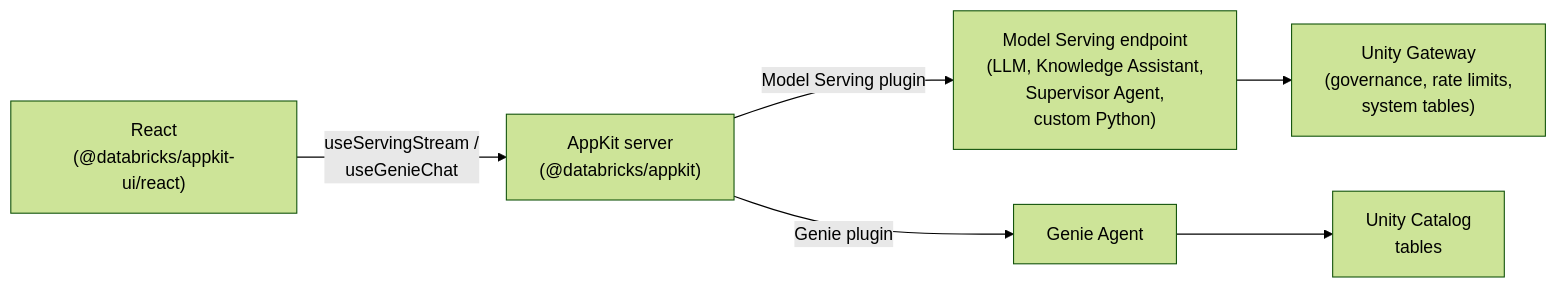
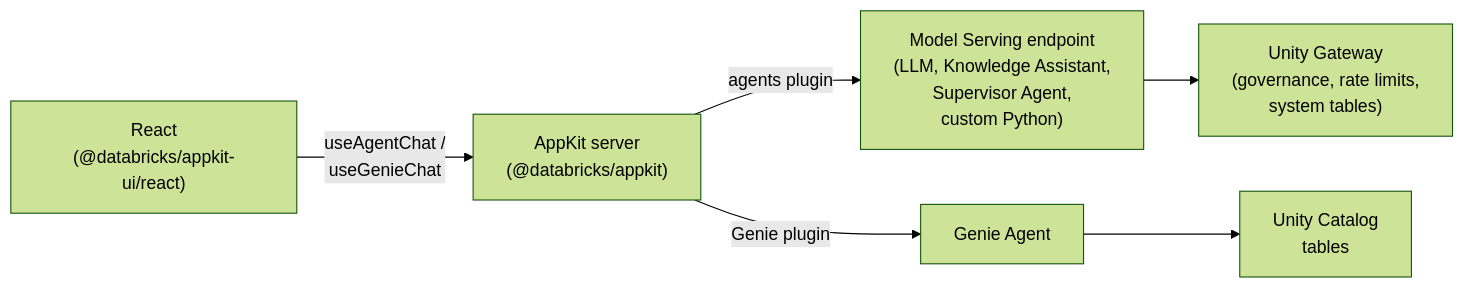
Before and after one commit to databricks/devhub: the diagram in src/content/docs/agents/overview.md, drawn with Mermaid (forest theme). The commit also changed other lines of this file and 6 other files, not shown here.

First line of the commit message:
docs: modernize the agent guides onto the agents plugin (#161)

````diff
--- a/src/content/docs/agents/overview.md
+++ b/src/content/docs/agents/overview.md
@@ -26,8 +26,8 @@
 ```mermaid
 flowchart LR
-    React["React<br/>(@databricks/appkit-ui/react)"] -->|"useServingStream /<br/>useGenieChat"| Node["AppKit server<br/>(@databricks/appkit)"]
-    Node -->|"Model Serving plugin"| Endpoint["Model Serving endpoint<br/>(LLM, Knowledge Assistant,<br/>Supervisor Agent,<br/>custom Python)"]
+    React["React<br/>(@databricks/appkit-ui/react)"] -->|"useAgentChat /<br/>useGenieChat"| Node["AppKit server<br/>(@databricks/appkit)"]
+    Node -->|"agents plugin"| Endpoint["Model Serving endpoint<br/>(LLM, Knowledge Assistant,<br/>Supervisor Agent,<br/>custom Python)"]
     Node -->|"Genie plugin"| Space["Genie Agent"]
     Endpoint --> Gateway["Unity Gateway<br/>(governance, rate limits,<br/>system tables)"]
     Space --> UC["Unity Catalog<br/>tables"]
 ```
````
